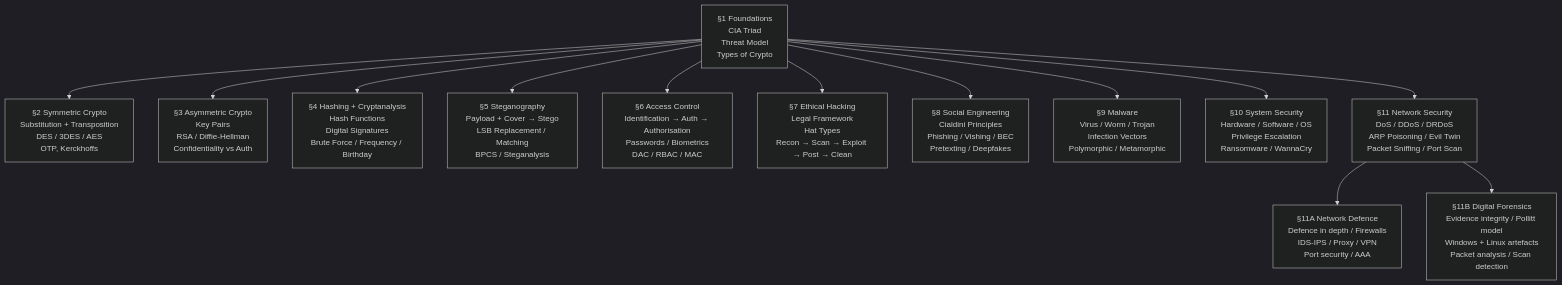
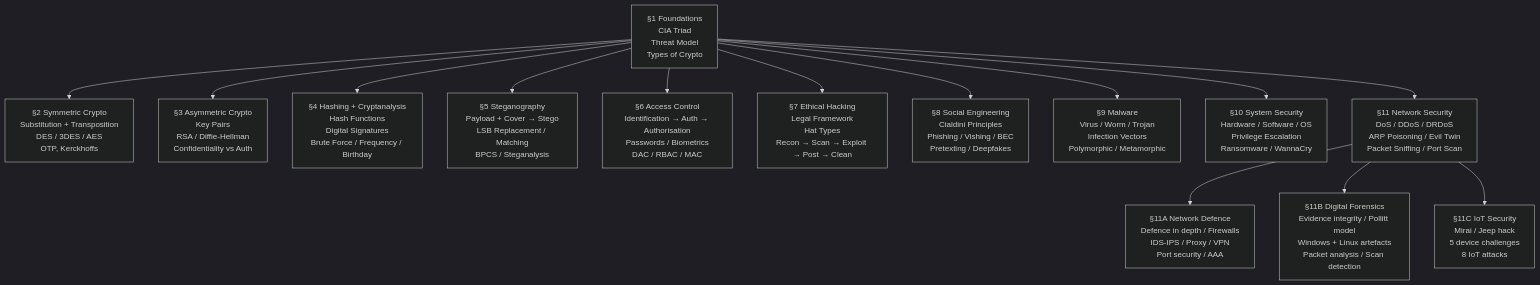
Before and after one commit to LyCh1e/Arcane-Index: the first of 4 diagrams in study-notes/INF2005 - Cyber Security Fundamentals Exam Notes.md, drawn with Mermaid (dark theme). The commit also changed other lines of this file and 14 other files, not shown here.

````diff
--- a/study-notes/INF2005 - Cyber Security Fundamentals Exam Notes.md
+++ b/study-notes/INF2005 - Cyber Security Fundamentals Exam Notes.md
@@ -20,18 +20,19 @@
 ```mermaid
 flowchart TD
     A["§1 Foundations\nCIA Triad\nThreat Model\nTypes of Crypto"] --> B & C & D
     B["§2 Symmetric Crypto\nSubstitution + Transposition\nDES / 3DES / AES\nOTP, Kerckhoffs"]
     C["§3 Asymmetric Crypto\nKey Pairs\nRSA / Diffie-Hellman\nConfidentiality vs Auth"]
     D["§4 Hashing + Cryptanalysis\nHash Functions\nDigital Signatures\nBrute Force / Frequency / Birthday"]
     A --> E & F & G
     E["§5 Steganography\nPayload + Cover → Stego\nLSB Replacement / Matching\nBPCS / Steganalysis"]
     F["§6 Access Control\nIdentification → Auth → Authorisation\nPasswords / Biometrics\nDAC / RBAC / MAC"]
     G["§7 Ethical Hacking\nLegal Framework\nHat Types\nRecon → Scan → Exploit → Post → Clean"]
     A --> H & I & J & K
     H["§8 Social Engineering\nCialdini Principles\nPhishing / Vishing / BEC\nPretexting / Deepfakes"]
     I["§9 Malware\nVirus / Worm / Trojan\nInfection Vectors\nPolymorphic / Metamorphic"]
     J["§10 System Security\nHardware / Software / OS\nPrivilege Escalation\nRansomware / WannaCry"]
     K["§11 Network Security\nDoS / DDoS / DRDoS\nARP Poisoning / Evil Twin\nPacket Sniffing / Port Scan"]
     K --> L["§11A Network Defence\nDefence in depth / Firewalls\nIDS-IPS / Proxy / VPN\nPort security / AAA"]
     K --> M["§11B Digital Forensics\nEvidence integrity / Pollitt model\nWindows + Linux artefacts\nPacket analysis / Scan detection"]
+    K --> N["§11C IoT Security\nMirai / Jeep hack\n5 device challenges\n8 IoT attacks"]
 ```
````
